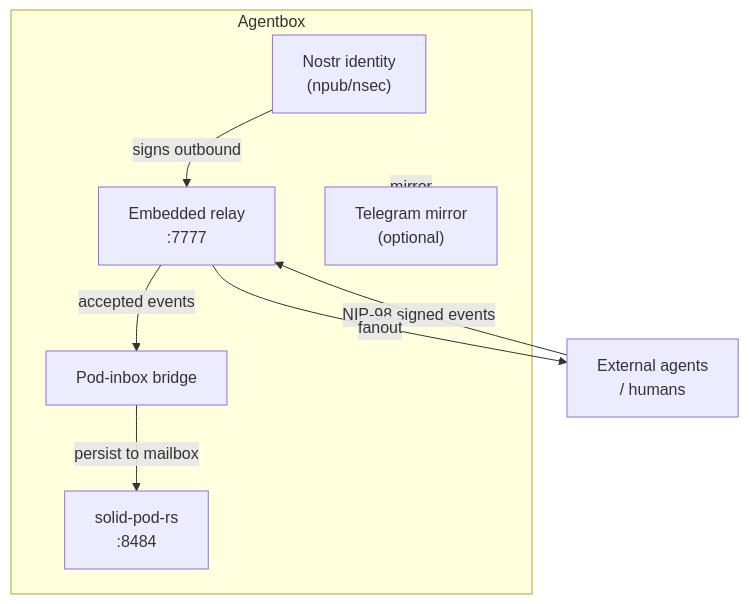
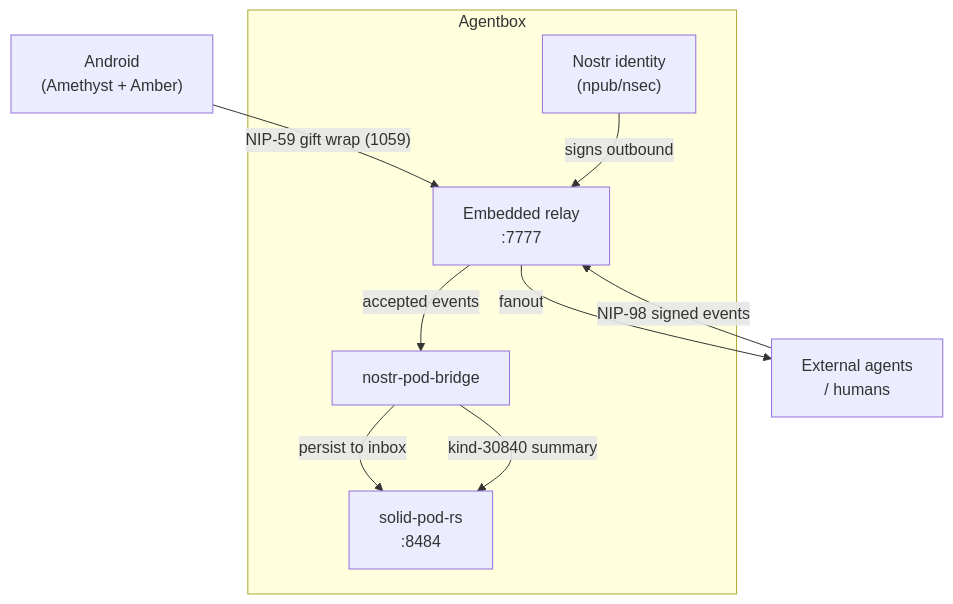
One commit to DreamLab-AI/agentbox changed the fourth of 4 diagrams in docs/user/configuration.md. Above: the diagram before and after it, drawn with Mermaid. The commit also changed other lines of this file and 38 other files, not shown here.

First line of the commit message:
feat(sovereign-mesh): replace Telegram mirror with Nostr pod-bridge

````diff
--- a/docs/user/configuration.md
+++ b/docs/user/configuration.md
@@ -305,16 +314,16 @@
 ```mermaid
 flowchart TB
     subgraph agentbox["Agentbox"]
         ID["Nostr identity<br/>(npub/nsec)"]
         RELAY["Embedded relay<br/>:7777"]
-        BRIDGE["Pod-inbox bridge"]
+        BRIDGE["nostr-pod-bridge"]
         POD["solid-pod-rs<br/>:8484"]
-        CTM["Telegram mirror<br/>(optional)"]
     end
+    PHONE["Android<br/>(Amethyst + Amber)"] -->|"NIP-59 gift wrap (1059)"| RELAY
     EXT["External agents<br/>/ humans"] -->|"NIP-98 signed events"| RELAY
     RELAY -->|"accepted events"| BRIDGE
-    BRIDGE -->|"persist to mailbox"| POD
+    BRIDGE -->|"persist to inbox"| POD
+    BRIDGE -->|"kind-30840 summary"| POD
     ID -->|"signs outbound"| RELAY
     RELAY -->|"fanout"| EXT
-    agentbox -.->|"mirror"| CTM
 ```
````
